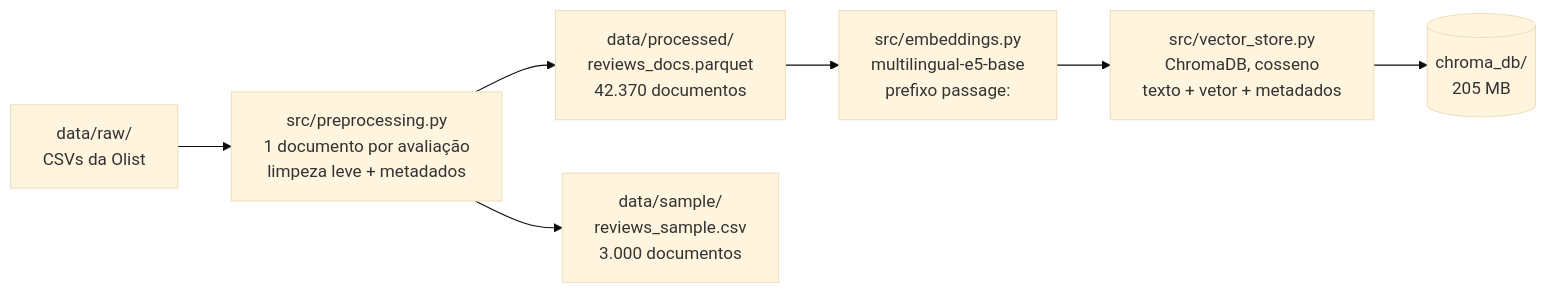
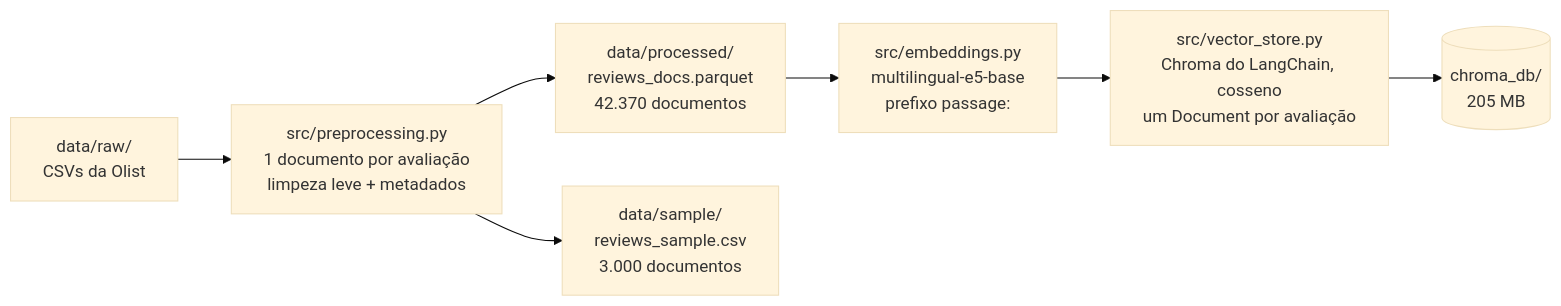
One commit to Dinaldorc/tech-challenge-fase4 changed the first of 2 diagrams in docs/arquitetura.md. Above: the diagram before and after it, drawn with Mermaid (base theme). The commit also changed other lines of this file and 16 other files, not shown here.

First line of the commit message:
Reescreve embeddings, indice e busca com componentes do LangChain

````diff
--- a/docs/arquitetura.md
+++ b/docs/arquitetura.md
@@ -16,9 +16,9 @@
 ```mermaid
 flowchart LR
     A["data/raw/<br/>CSVs da Olist"] --> B["src/preprocessing.py<br/>1 documento por avaliação<br/>limpeza leve + metadados"]
     B --> C["data/processed/<br/>reviews_docs.parquet<br/>42.370 documentos"]
     B --> D["data/sample/<br/>reviews_sample.csv<br/>3.000 documentos"]
     C --> E["src/embeddings.py<br/>multilingual-e5-base<br/>prefixo passage:"]
-    E --> F["src/vector_store.py<br/>ChromaDB, cosseno<br/>texto + vetor + metadados"]
+    E --> F["src/vector_store.py<br/>Chroma do LangChain, cosseno<br/>um Document por avaliação"]
     F --> G[("chroma_db/<br/>205 MB")]
 ```
````
